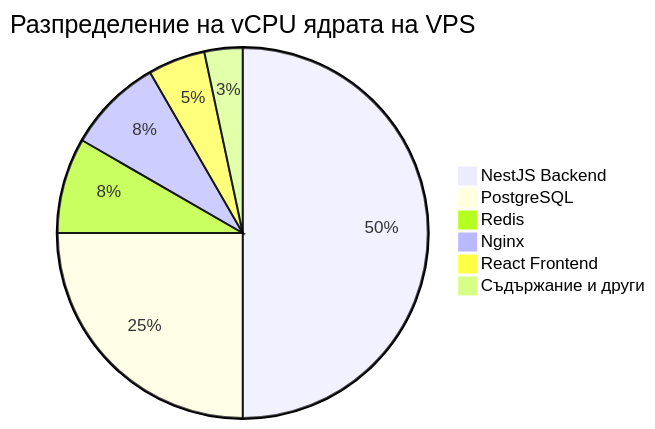
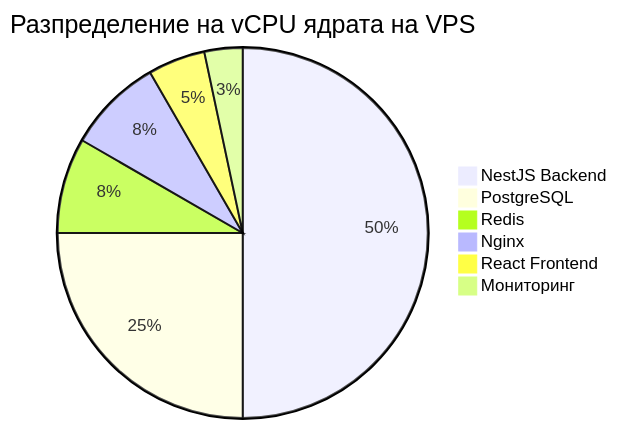
One commit to ivan-markov-666/beelms changed the fifth of 5 diagrams in docs/architecture.md. Above: the diagram before and after it, drawn with Mermaid. The commit also changed other lines of this file and 1 other file, not shown here.

Commit message:
The architecture.md and developmentPlan.md were updated

````diff
--- a/docs/architecture.md
+++ b/docs/architecture.md
@@ -435,10 +459,10 @@
 ```mermaid
 pie
     title Разпределение на vCPU ядрата на VPS
     "NestJS Backend" : 3
     "PostgreSQL" : 1.5
     "Redis" : 0.5
     "Nginx" : 0.5
     "React Frontend" : 0.3
-    "Съдържание и други" : 0.2
+    "Мониторинг" : 0.2
 ```
````
